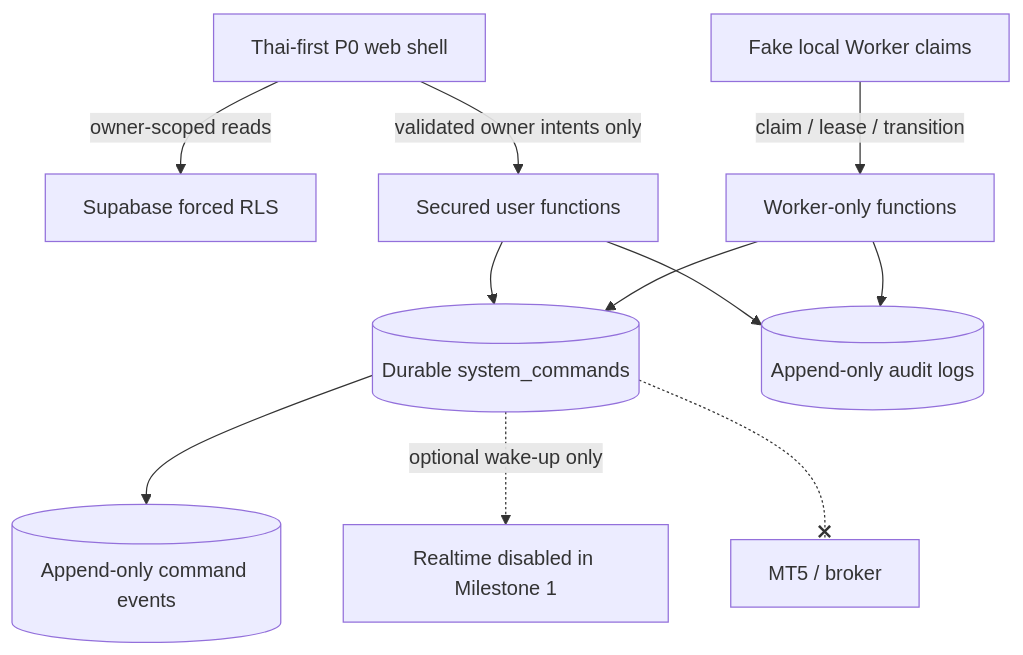
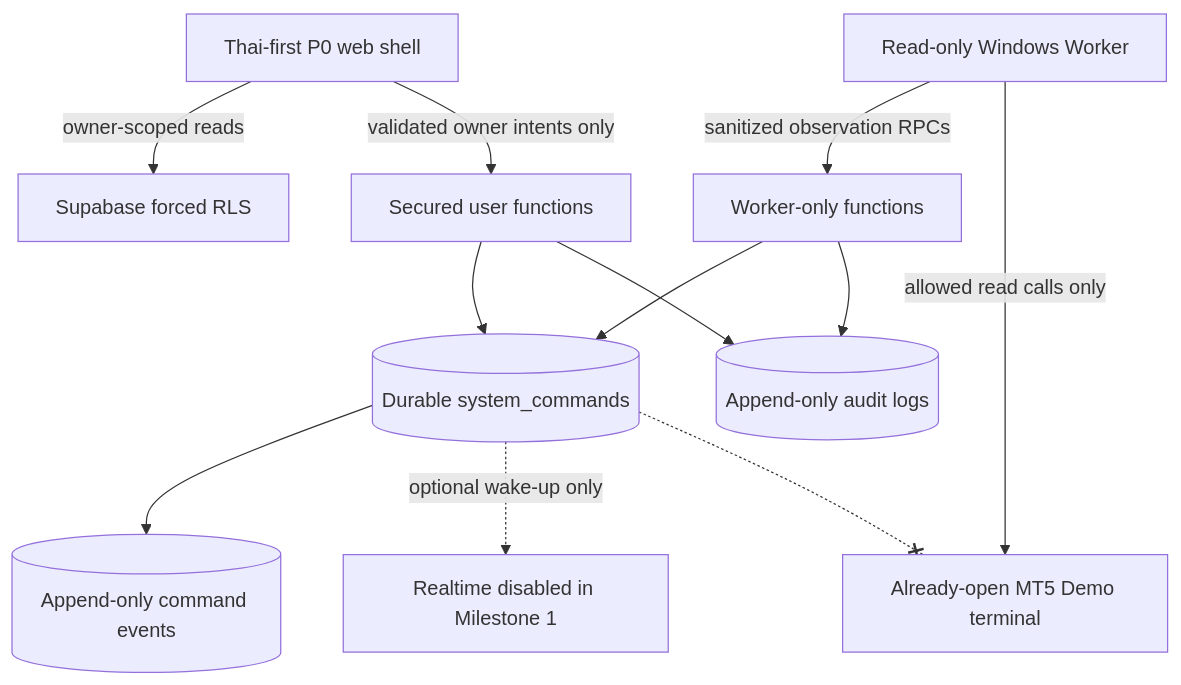
One commit to Burist106/AITrading changed the diagram in docs/ARCHITECTURE.md. Above: the diagram before and after it, drawn with Mermaid. The commit also changed other lines of this file and 53 other files, not shown here.

Commit message:
Add Windows MT5 read-only reconciliation foundation

````diff
--- a/docs/ARCHITECTURE.md
+++ b/docs/ARCHITECTURE.md
@@ -40,13 +40,14 @@
 ```mermaid
 flowchart TB
     UI[Thai-first P0 web shell] -->|owner-scoped reads| RLS[Supabase forced RLS]
     UI -->|validated owner intents only| UserRPC[Secured user functions]
     UserRPC --> Commands[(Durable system_commands)]
     Commands --> CommandEvents[(Append-only command events)]
-    FakeWorker[Fake local Worker claims] -->|claim / lease / transition| WorkerRPC[Worker-only functions]
+    ReadWorker[Read-only Windows Worker] -->|sanitized observation RPCs| WorkerRPC[Worker-only functions]
+    ReadWorker -->|allowed read calls only| DemoMT5[Already-open MT5 Demo terminal]
     WorkerRPC --> Commands
     UserRPC --> Audit[(Append-only audit logs)]
     WorkerRPC --> Audit
     Commands -. optional wake-up only .-> RT[Realtime disabled in Milestone 1]
-    Commands -.-x Broker[MT5 / broker]
+    Commands -.-x DemoMT5
 ```
````
